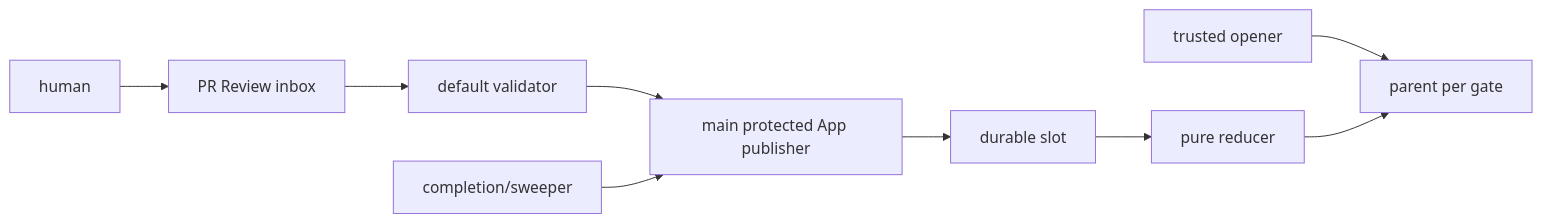
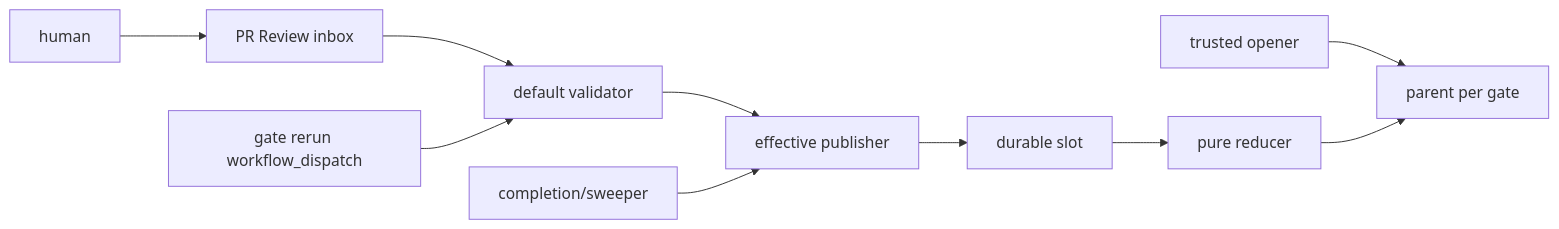
The diagram in DESIGN.md (techbeansjp-free/AGENTS.md), drawn with Mermaid before and after one commit. The commit also changed other lines of this file and 2 other files, not shown here.

````diff
--- a/DESIGN.md
+++ b/DESIGN.md
@@ -47,11 +70,12 @@
 ```mermaid
 flowchart LR
   O[trusted opener] --> P[parent per gate]
   H[human] --> R[PR Review inbox]
   R --> V[default validator]
-  V --> W[main protected App publisher]
+  M[gate rerun workflow_dispatch] --> V
+  V --> W[effective publisher]
   W --> S[durable slot]
   S --> D[pure reducer]
   D --> P
   X[completion/sweeper] --> W
 ```
````
